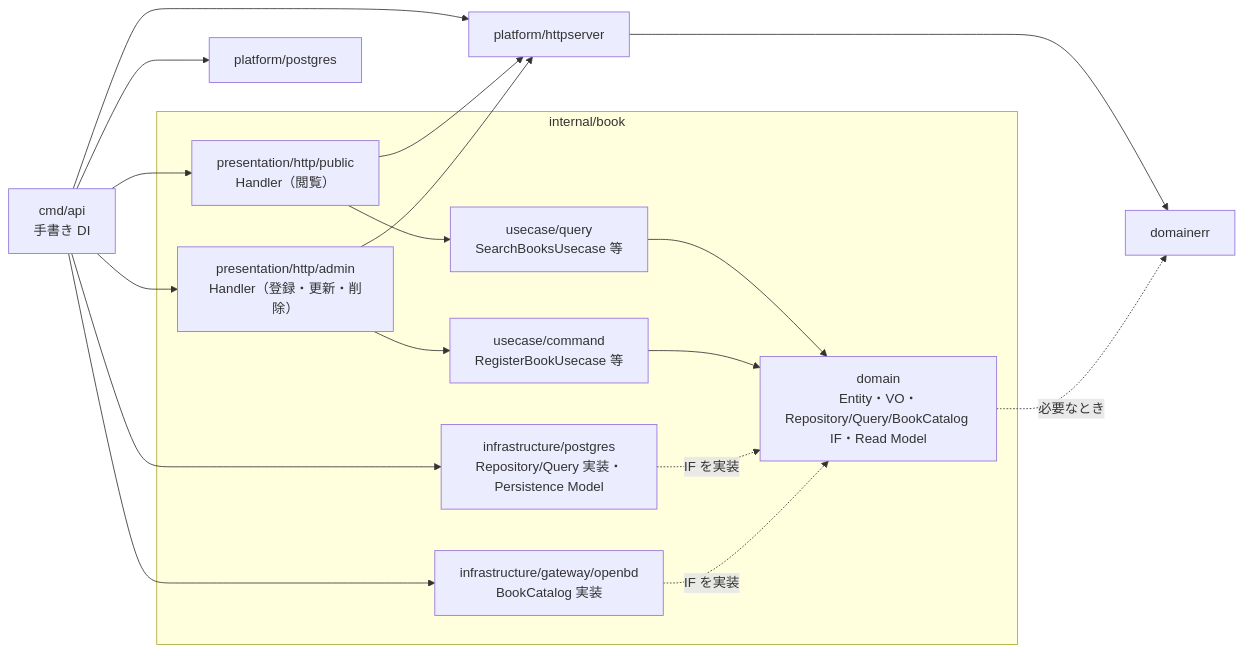
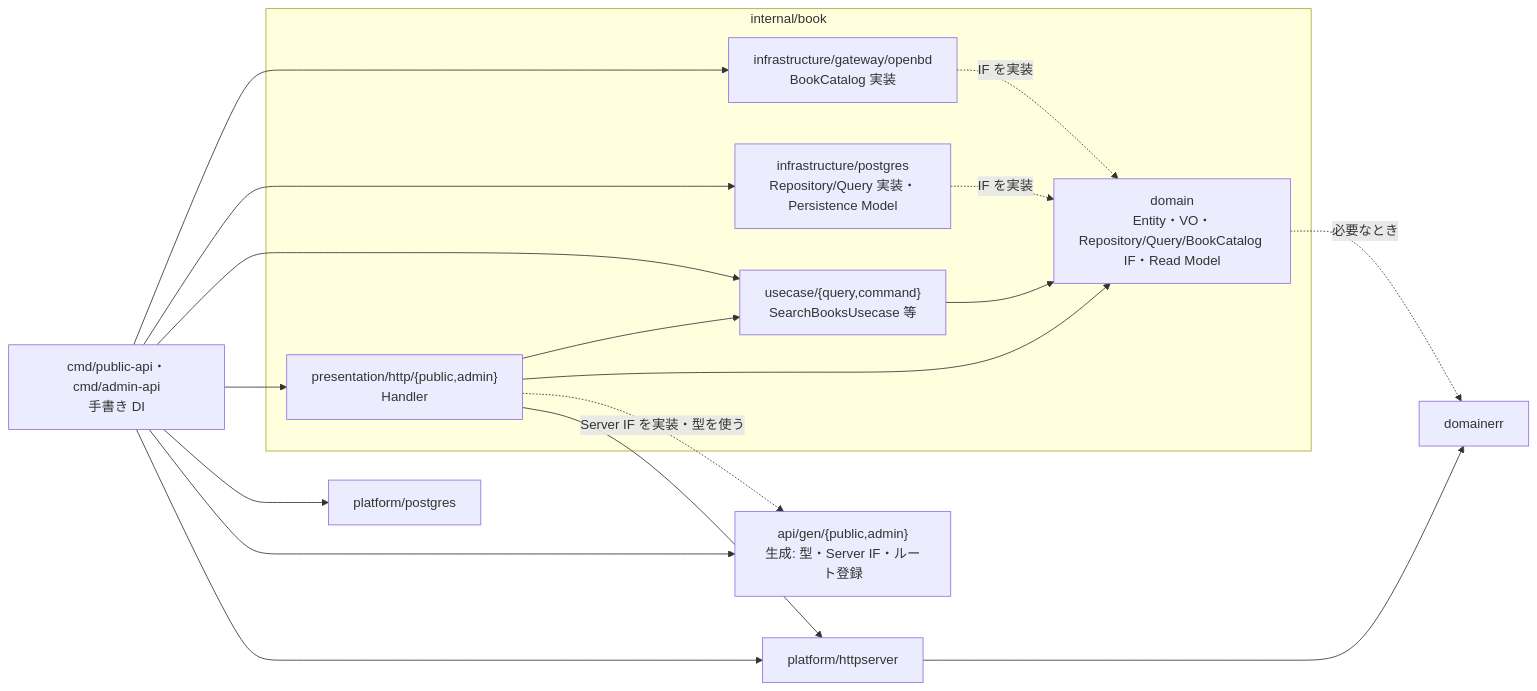
Before and after one commit to mrstsgk/book-management-system: the first of 2 diagrams in backend/architecture.md, drawn with Mermaid. The commit also changed other lines of this file and 4 other files, not shown here.

````diff
--- a/backend/architecture.md
+++ b/backend/architecture.md
@@ -61,21 +62,21 @@
 ```mermaid
 flowchart LR
   subgraph book["internal/book"]
-    PP["presentation/http/public<br/>Handler（閲覧）"] --> UQ["usecase/query<br/>SearchBooksUsecase 等"]
-    PA["presentation/http/admin<br/>Handler（登録・更新・削除）"] --> UC["usecase/command<br/>RegisterBookUsecase 等"]
-    UQ --> D["domain<br/>Entity・VO・Repository/Query/BookCatalog IF・Read Model"]
-    UC --> D
-    IP["infrastructure/postgres<br/>Repository/Query 実装・Persistence Model"] -. "IF を実装" .-> D
-    IG["infrastructure/gateway/openbd<br/>BookCatalog 実装"] -. "IF を実装" .-> D
+    P["presentation/http/{public,admin}<br/>Handler"] --> U["usecase/{query,command}<br/>SearchBooksUsecase 等"]
+    P --> D
+    U --> D["domain<br/>Entity・VO・Repository/Query/BookCatalog IF・Read Model"]
+    I["infrastructure/postgres<br/>Repository/Query 実装・Persistence Model"] -. "IF を実装" .-> D
+    GW["infrastructure/gateway/openbd<br/>BookCatalog 実装"] -. "IF を実装" .-> D
   end
-  C["cmd/api<br/>手書き DI"] --> PP
-  C --> PA
-  C --> IP
-  C --> IG
+  C["cmd/public-api・cmd/admin-api<br/>手書き DI"] --> P
+  C --> U
+  C --> I
+  C --> GW
   C --> HS["platform/httpserver"]
   C --> PG["platform/postgres"]
-  PP --> HS
-  PA --> HS
+  C --> G["api/gen/{public,admin}<br/>生成: 型・Server IF・ルート登録"]
+  P -. "Server IF を実装・型を使う" .-> G
+  P --> HS
   HS --> E["domainerr"]
   D -. "必要なとき" .-> E
 ```
````
